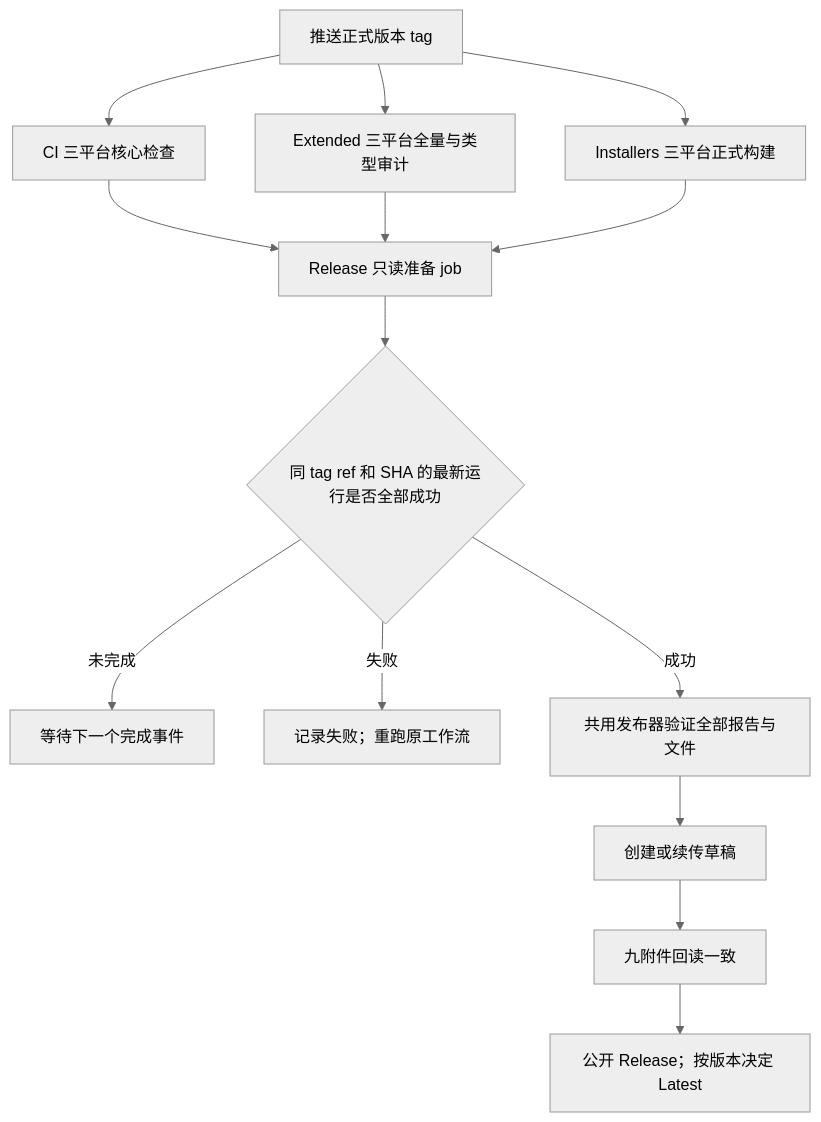
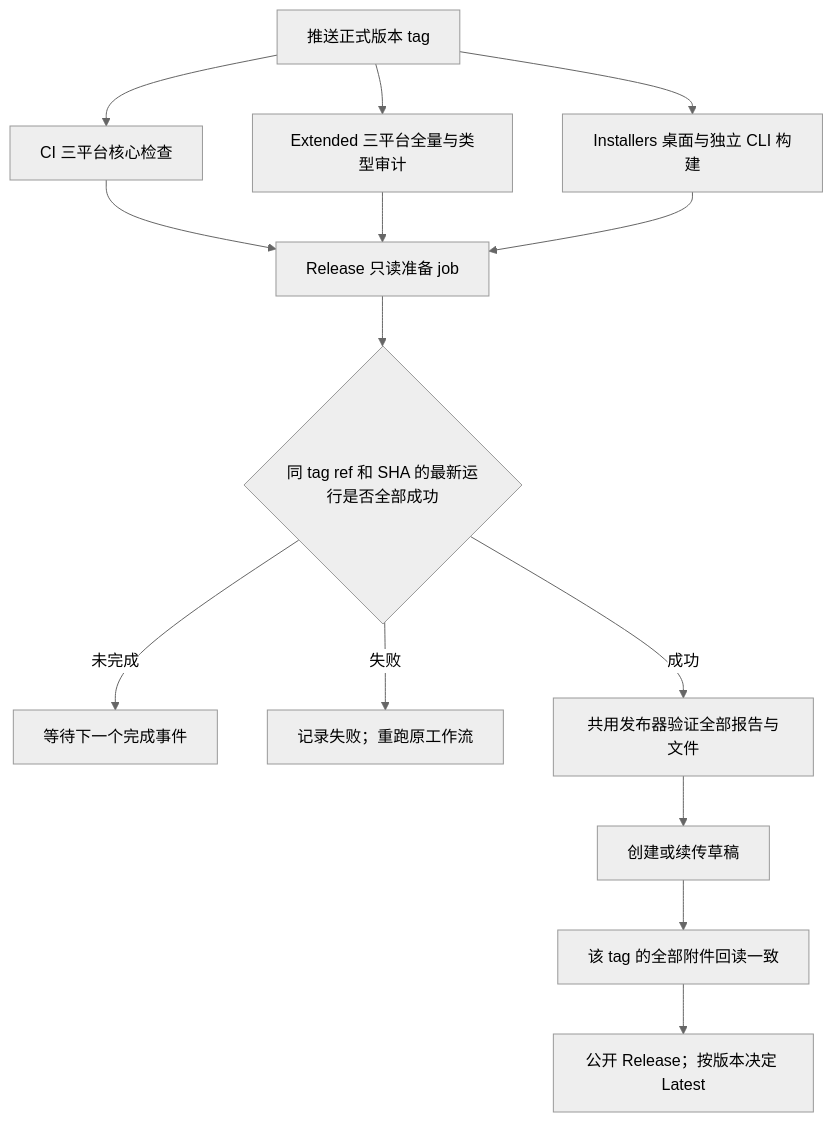
One commit to BlueSkyXN/OpenZWork changed the diagram in docs/openzwork/release/automatic-github-release.md. Above: the diagram before and after it, drawn with Mermaid (neutral theme). The commit also changed other lines of this file and 18 other files, not shown here.

````diff
--- a/docs/openzwork/release/automatic-github-release.md
+++ b/docs/openzwork/release/automatic-github-release.md
@@ -30,16 +33,16 @@
 ```mermaid
 flowchart TD
     T[推送正式版本 tag] --> C[CI 三平台核心检查]
     T --> E[Extended 三平台全量与类型审计]
-    T --> B[Installers 三平台正式构建]
+    T --> B[Installers 桌面与独立 CLI 构建]
     C --> P[Release 只读准备 job]
     E --> P
     B --> P
     P --> G{同 tag ref 和 SHA 的最新运行是否全部成功}
     G -->|未完成| W[等待下一个完成事件]
     G -->|失败| F[记录失败；重跑原工作流]
     G -->|成功| V[共用发布器验证全部报告与文件]
     V --> D[创建或续传草稿]
-    D --> A[九附件回读一致]
+    D --> A[该 tag 的全部附件回读一致]
     A --> R[公开 Release；按版本决定 Latest]
 ```
````
